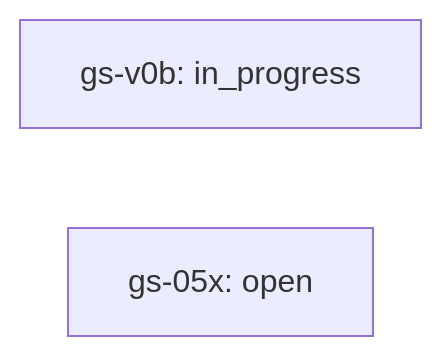
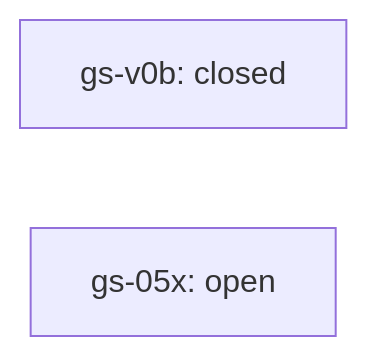
One commit to lifeofgurpreet/G-Skills changed the diagram in docs/skills/autoqa/ROADMAP.md. Above: the diagram before and after it, drawn with Mermaid. The commit also changed other lines of this file and 3 other files, not shown here.

````diff
--- a/docs/skills/autoqa/ROADMAP.md
+++ b/docs/skills/autoqa/ROADMAP.md
@@ -14,5 +14,5 @@
 ```mermaid
 flowchart LR
-  gs_v0b["gs-v0b: in_progress"]
+  gs_v0b["gs-v0b: closed"]
   gs_05x["gs-05x: open"]
 ```
````
